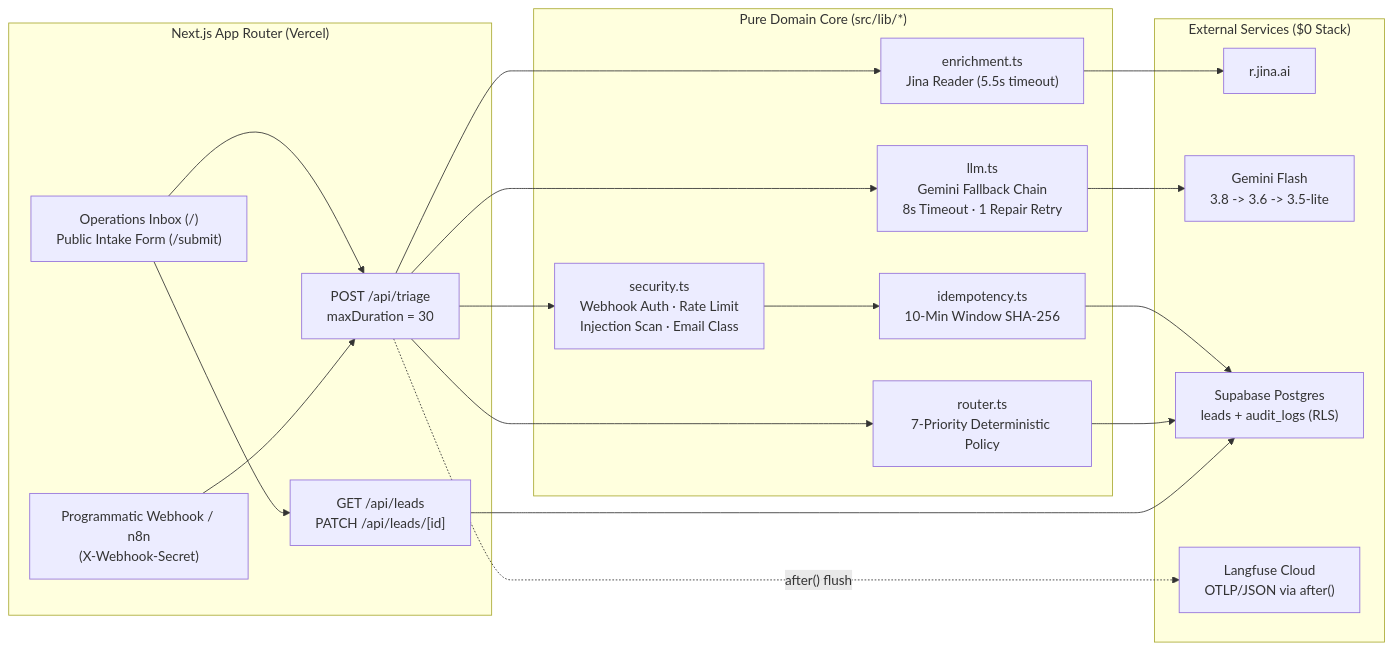
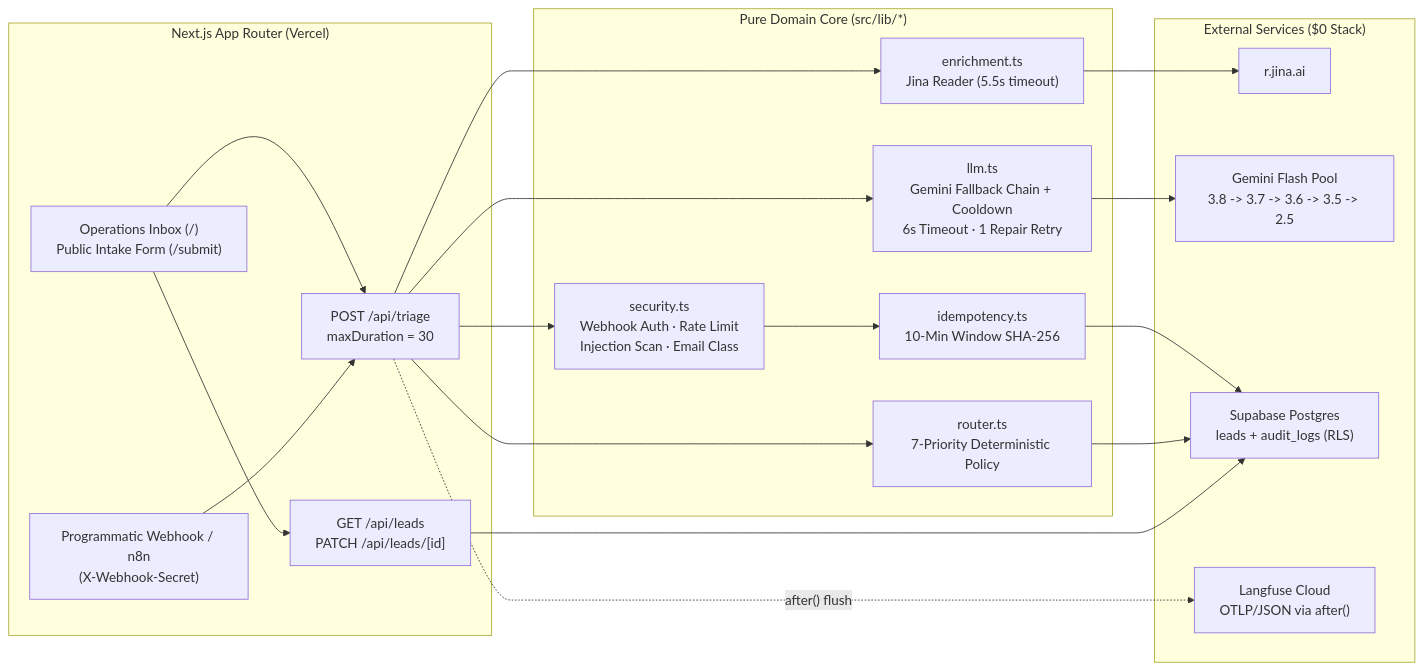
The diagram in README.md (cookiemp/b2b-lead-triage-agent), drawn with Mermaid before and after one commit. The commit also changed other lines of this file and 15 other files, not shown here.

Commit message:
chore: exclude internal docs, remove em-dashes, add 6-model cooldown fallback and structured LLM errors

````diff
--- a/README.md
+++ b/README.md
@@ -18,34 +18,34 @@
 ```mermaid
 flowchart LR
     subgraph Boundary["Next.js App Router (Vercel)"]
         UI["Operations Inbox (/)\nPublic Intake Form (/submit)"]
         WH["Programmatic Webhook / n8n\n(X-Webhook-Secret)"]
         API_T["POST /api/triage\nmaxDuration = 30"]
         API_L["GET /api/leads\nPATCH /api/leads/[id]"]
     end
 
     subgraph Core["Pure Domain Core (src/lib/*)"]
         SEC["security.ts\nWebhook Auth · Rate Limit\nInjection Scan · Email Class"]
         IDEM["idempotency.ts\n10-Min Window SHA-256"]
         ENRICH["enrichment.ts\nJina Reader (5.5s timeout)"]
-        LLM["llm.ts\nGemini Fallback Chain\n8s Timeout · 1 Repair Retry"]
+        LLM["llm.ts\nGemini Fallback Chain + Cooldown\n6s Timeout · 1 Repair Retry"]
         ROUTE["router.ts\n7-Priority Deterministic Policy"]
     end
 
     subgraph External["External Services ($0 Stack)"]
         JINA["r.jina.ai"]
-        GEM["Gemini Flash\n3.8 -> 3.6 -> 3.5-lite"]
+        GEM["Gemini Flash Pool\n3.8 -> 3.7 -> 3.6 -> 3.5 -> 2.5"]
         DB["Supabase Postgres\nleads + audit_logs (RLS)"]
         LF["Langfuse Cloud\nOTLP/JSON via after()"]
     end
 
     UI --> API_T
     WH --> API_T
     UI --> API_L
     API_T --> SEC --> IDEM --> DB
     API_T --> ENRICH --> JINA
     API_T --> LLM --> GEM
     API_T --> ROUTE --> DB
     API_T -. "after() flush" .-> LF
     API_L --> DB
 ```
````
